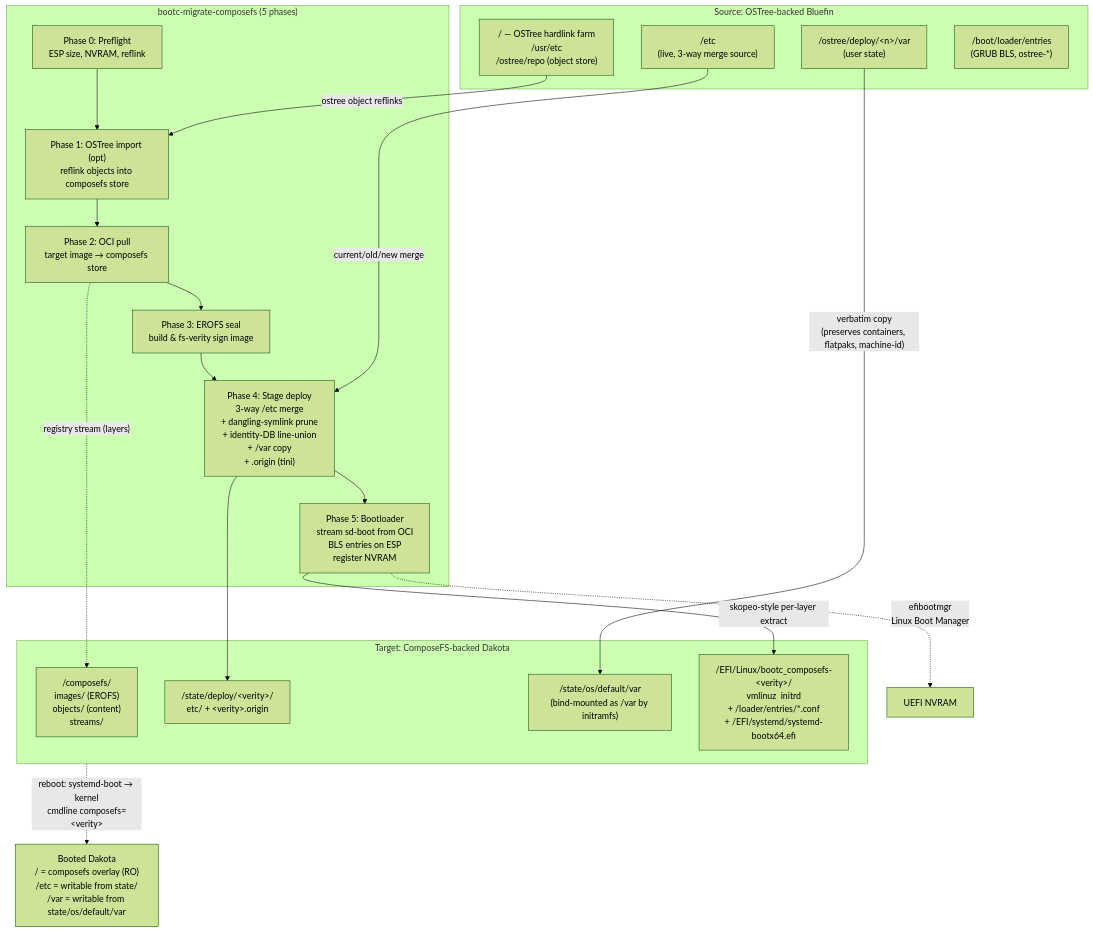
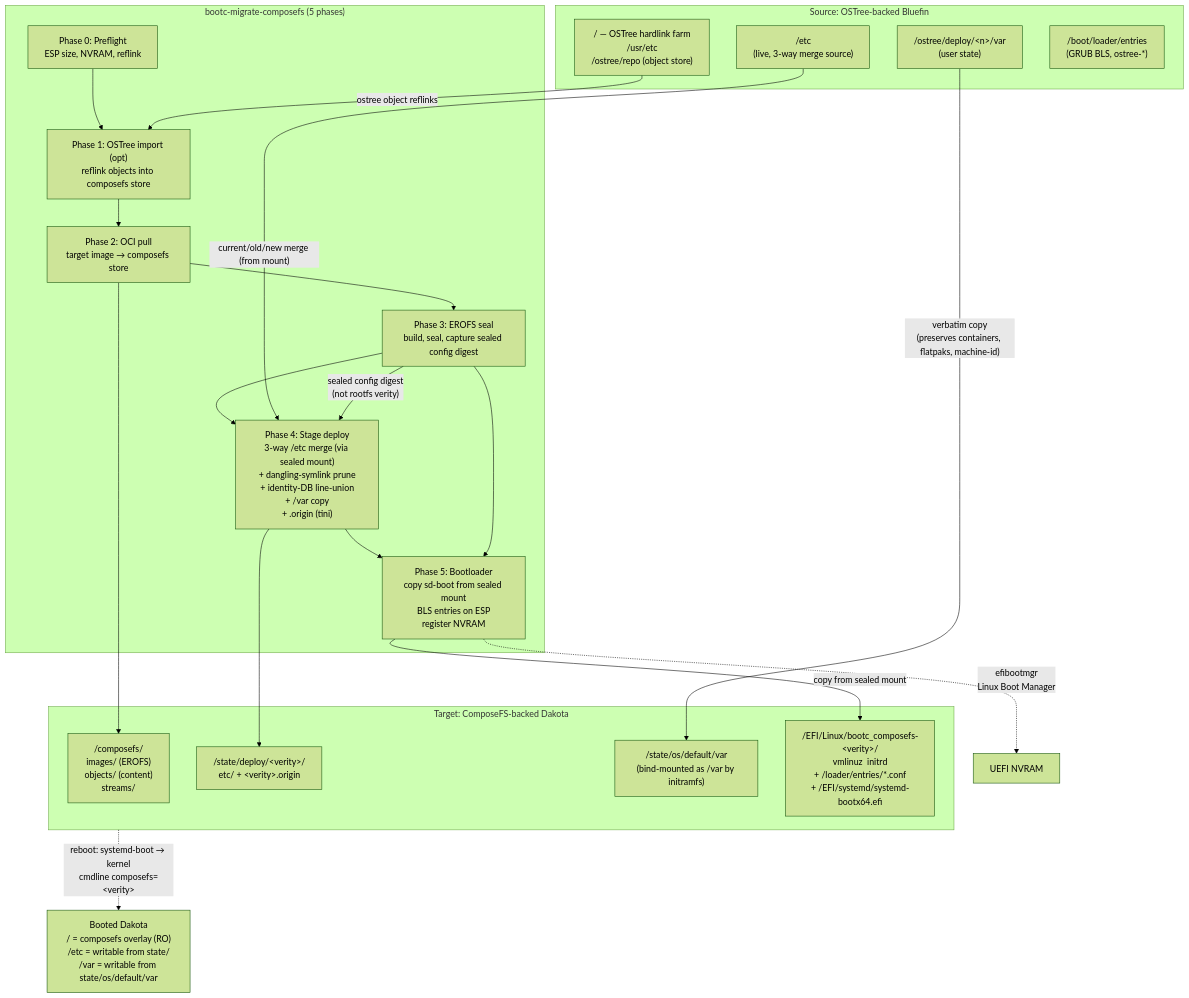
One commit to hanthor/ostree-composefs-rebase changed the diagram in README.md. Above: the diagram before and after it, drawn with Mermaid (forest theme). The commit also changed other lines of this file, not shown here.

Commit message:
docs(README): update for merged state — CI-validated, sealed-mount architecture, LUKS/XFS support

````diff
--- a/README.md
+++ b/README.md
@@ -17,36 +17,38 @@
 ```mermaid
 flowchart TB
     subgraph SRC["Source: OSTree-backed Bluefin"]
         S_USR["/ — OSTree hardlink farm<br/>/usr/etc<br/>/ostree/repo (object store)"]
         S_ETC["/etc<br/>(live, 3-way merge source)"]
         S_VAR["/ostree/deploy/&lt;n&gt;/var<br/>(user state)"]
         S_BOOT["/boot/loader/entries<br/>(GRUB BLS, ostree-*)"]
     end
 
     subgraph BIN["bootc-migrate-composefs (5 phases)"]
         P0["Phase 0: Preflight<br/>ESP size, NVRAM, reflink"]
         P1["Phase 1: OSTree import (opt)<br/>reflink objects into composefs store"]
         P2["Phase 2: OCI pull<br/>target image → composefs store"]
-        P3["Phase 3: EROFS seal<br/>build &amp; fs-verity sign image"]
-        P4["Phase 4: Stage deploy<br/>3-way /etc merge<br/>+ dangling-symlink prune<br/>+ identity-DB line-union<br/>+ /var copy<br/>+ .origin (tini)"]
-        P5["Phase 5: Bootloader<br/>stream sd-boot from OCI<br/>BLS entries on ESP<br/>register NVRAM"]
+        P3["Phase 3: EROFS seal<br/>build, seal, capture sealed config digest"]
+        P4["Phase 4: Stage deploy<br/>3-way /etc merge (via sealed mount)<br/>+ dangling-symlink prune<br/>+ identity-DB line-union<br/>+ /var copy<br/>+ .origin (tini)"]
+        P5["Phase 5: Bootloader<br/>copy sd-boot from sealed mount<br/>BLS entries on ESP<br/>register NVRAM"]
         P0 --> P1 --> P2 --> P3 --> P4 --> P5
     end
 
     subgraph DST["Target: ComposeFS-backed Dakota"]
         D_CFS["/composefs/<br/>images/ (EROFS)<br/>objects/ (content)<br/>streams/"]
         D_STATE["/state/deploy/&lt;verity&gt;/<br/>etc/  +  &lt;verity&gt;.origin"]
         D_VAR["/state/os/default/var<br/>(bind-mounted as /var by initramfs)"]
         D_BOOT["/EFI/Linux/bootc_composefs-&lt;verity&gt;/<br/>vmlinuz  initrd<br/>+ /loader/entries/*.conf<br/>+ /EFI/systemd/systemd-bootx64.efi"]
     end
 
     S_USR -- "ostree object reflinks" --> P1
-    P2 -. "registry stream (layers)" .-> D_CFS
-    S_ETC -- "current/old/new merge" --> P4
+    P2 --> D_CFS
+    S_ETC -- "current/old/new merge (from mount)" --> P4
     P4 --> D_STATE
     S_VAR -- "verbatim copy<br/>(preserves containers, flatpaks, machine-id)" --> D_VAR
-    P5 -- "skopeo-style per-layer extract" --> D_BOOT
+    P3 -- "sealed config digest<br/>(not rootfs verity)" --> P4
+    P3 --> P5
+    P5 -- "copy from sealed mount" --> D_BOOT
     P5 -. "efibootmgr<br/>Linux Boot Manager" .-> NVRAM["UEFI NVRAM"]
 
     DST -. "reboot: systemd-boot → kernel<br/>cmdline composefs=&lt;verity&gt;" .-> RUN["Booted Dakota<br/>/ = composefs overlay (RO)<br/>/etc = writable from state/<br/>/var = writable from state/os/default/var"]
 ```
````
